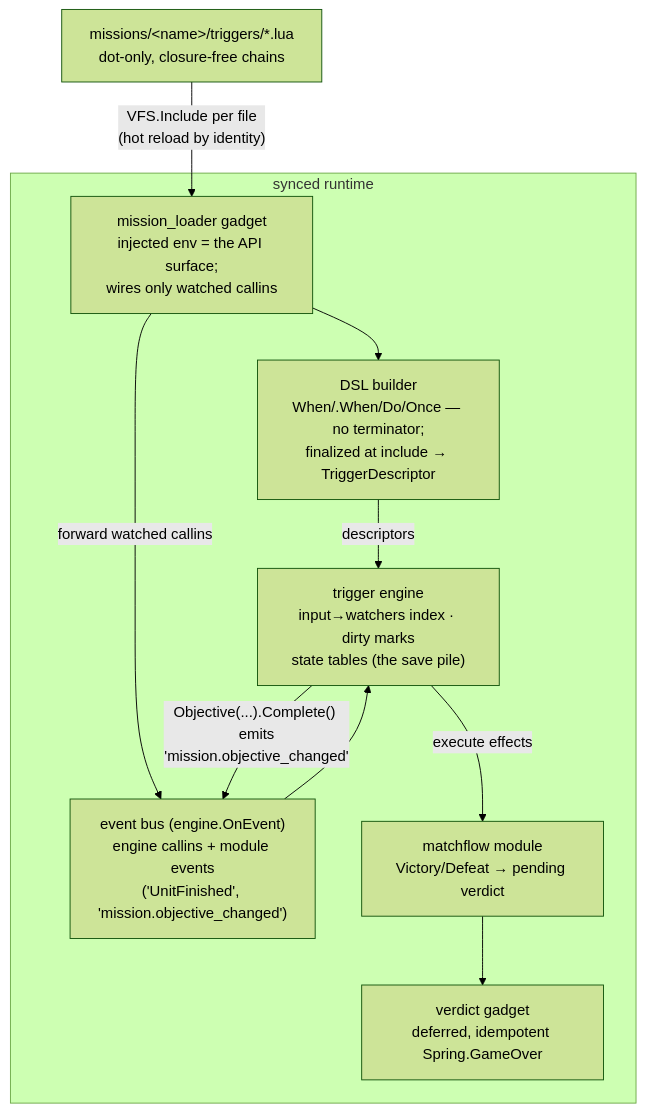
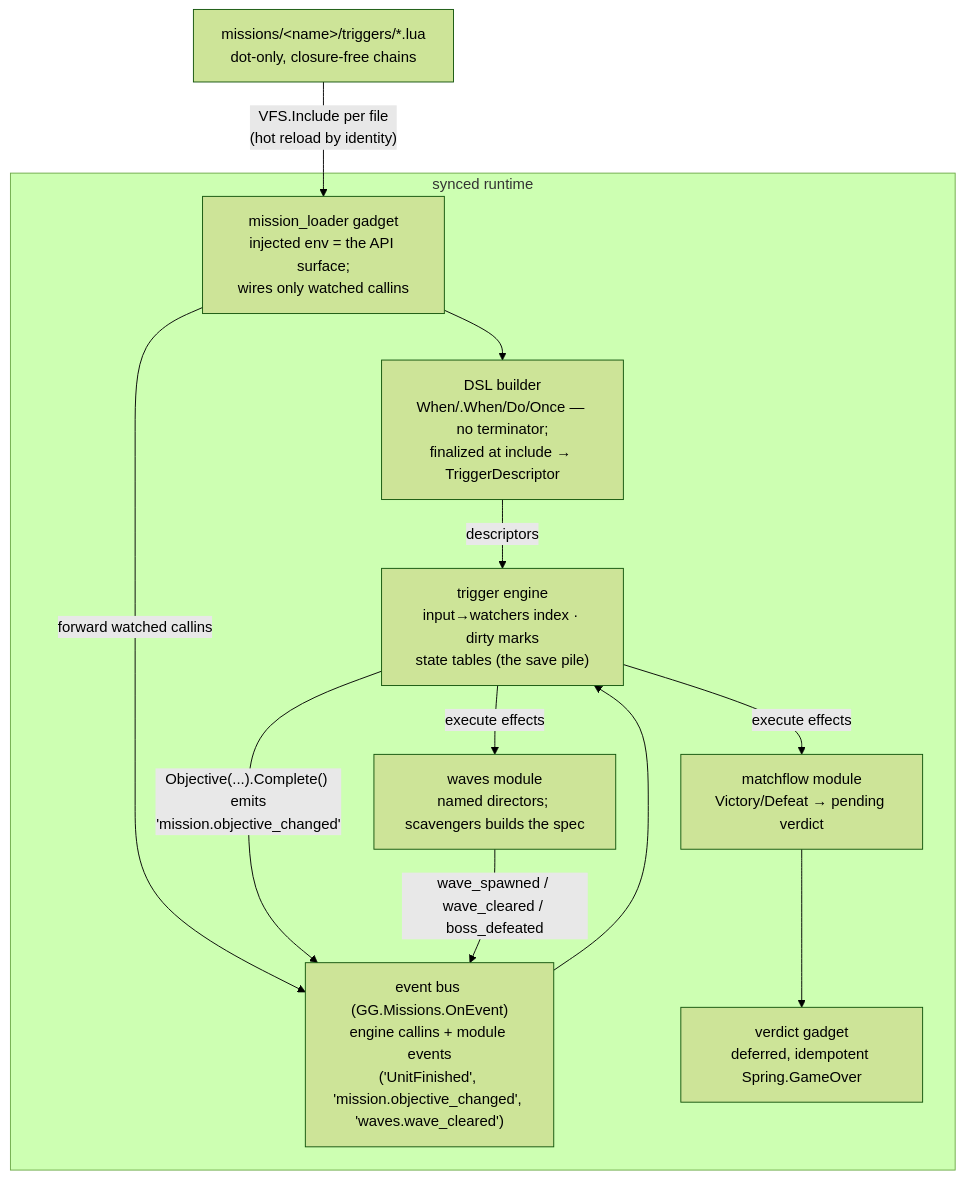
The diagram in modules/missions/README.md (beyond-all-reason/Beyond-All-Reason), drawn with Mermaid (forest theme) before and after one commit. The commit also changed other lines of this file and 21 other files, not shown here.

````diff
--- a/modules/missions/README.md
+++ b/modules/missions/README.md
@@ -10,18 +10,21 @@
 ```mermaid
 flowchart TB
     LUA["missions/&lt;name&gt;/triggers/*.lua<br/>dot-only, closure-free chains"]
     subgraph SYNCED["synced runtime"]
         LOADER["mission_loader gadget<br/>injected env = the API surface;<br/>wires only watched callins"]
         DSL["DSL builder<br/>When/.When/Do/Once — no terminator;<br/>finalized at include → TriggerDescriptor"]
         ENGINE["trigger engine<br/>input→watchers index · dirty marks<br/>state tables (the save pile)"]
-        BUS["event bus (engine.OnEvent)<br/>engine callins + module events<br/>('UnitFinished', 'mission.objective_changed')"]
+        BUS["event bus (GG.Missions.OnEvent)<br/>engine callins + module events<br/>('UnitFinished', 'mission.objective_changed', 'waves.wave_cleared')"]
         MF["matchflow module<br/>Victory/Defeat → pending verdict"]
         VG["verdict gadget<br/>deferred, idempotent Spring.GameOver"]
+        WV["waves module<br/>named directors; scavengers builds the spec"]
     end
     LUA -->|"VFS.Include per file<br/>(hot reload by identity)"| LOADER
     LOADER --> DSL -->|"descriptors"| ENGINE
     LOADER -->|"forward watched callins"| BUS --> ENGINE
     ENGINE -->|"execute effects"| MF
+    ENGINE -->|"execute effects"| WV
     ENGINE -->|"Objective(...).Complete() emits<br/>'mission.objective_changed'"| BUS
+    WV -->|"wave_spawned / wave_cleared / boss_defeated"| BUS
     MF --> VG
 ```
````
